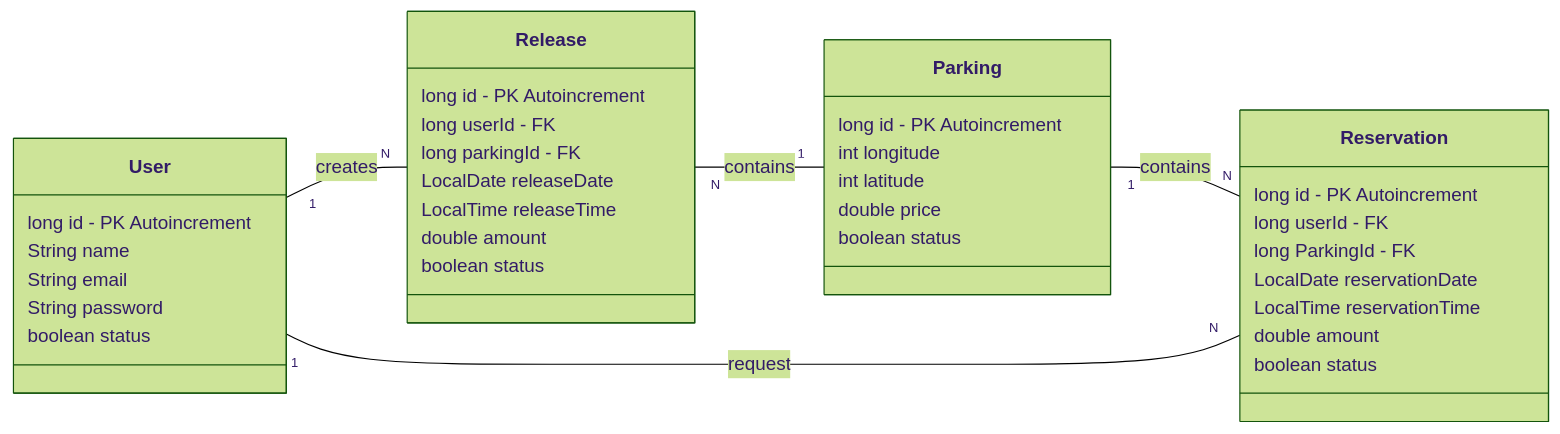
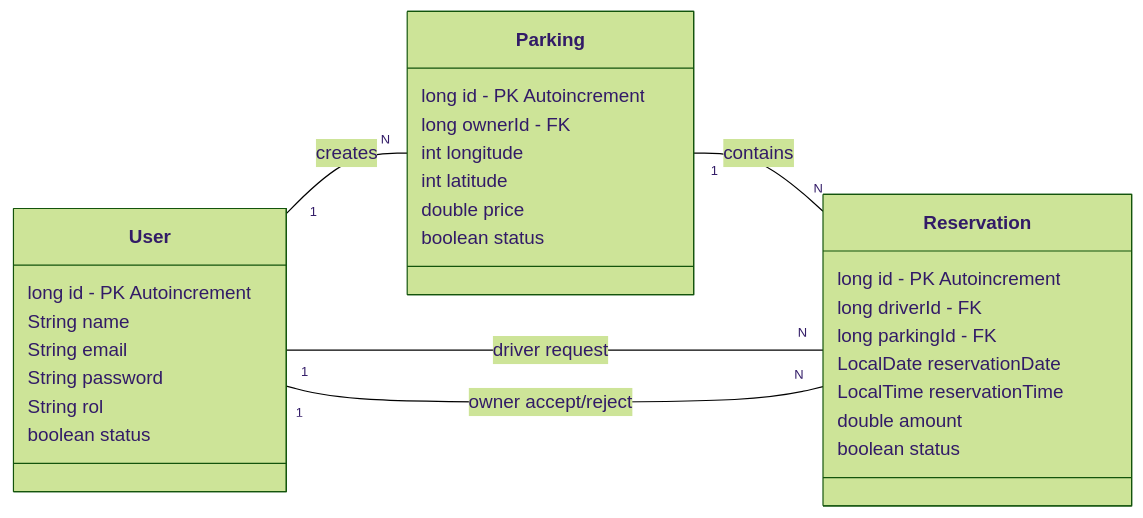
One commit to alex-boni/QuickStop changed the diagram in docs/modelo-dominio-MVP-clases.md. Above: the diagram before and after it, drawn with Mermaid (forest theme).

Commit message:
MVP model domain v0.2

````diff
--- a/docs/modelo-dominio-MVP-clases.md
+++ b/docs/modelo-dominio-MVP-clases.md
@@ -3,48 +3,42 @@
 ```mermaid
 classDiagram
   direction LR
 
   class User {
     long id - PK Autoincrement
     String name
     String email
     String password
+    String rol
     boolean status
   }
 
   class Parking {
     long id - PK Autoincrement
+    long ownerId - FK
     int longitude
     int latitude
     double price
     boolean status
   }
 
 
   class Reservation {
     long id - PK Autoincrement
-    long userId - FK
-    long ParkingId - FK
+    long driverId - FK
+    long parkingId - FK
     LocalDate reservationDate
     LocalTime reservationTime
     double amount
     boolean status
   }
 
 
-  class Release {
-    long id - PK Autoincrement
-    long userId - FK
-    long parkingId - FK
-    LocalDate releaseDate
-    LocalTime releaseTime
-    double amount
-    boolean status
-  }
+
 
   %% Relaciones
-  User "1" -- "N" Release : creates
-  Reservation "N" -- "1" User : request
+  User "1" -- "N" Parking : creates
+  Reservation "N" -- "1" User : driver request
+  Reservation "N" -- "1" User : owner accept/reject
   Parking "1" -- "N" Reservation : contains
-  Release "N" -- "1" Parking : contains
 ```
````
